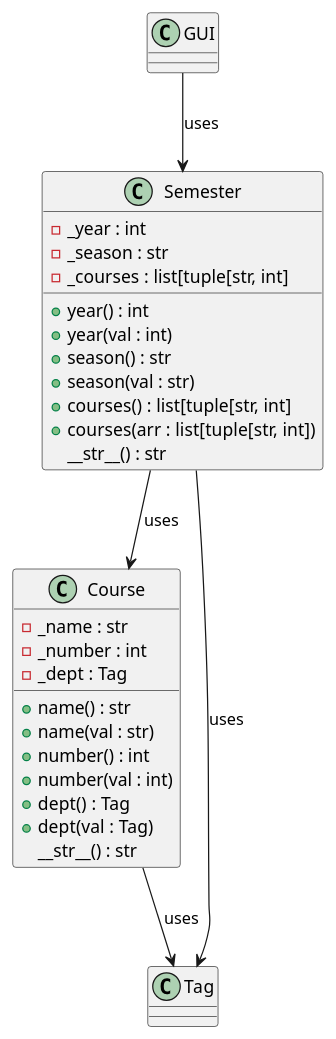
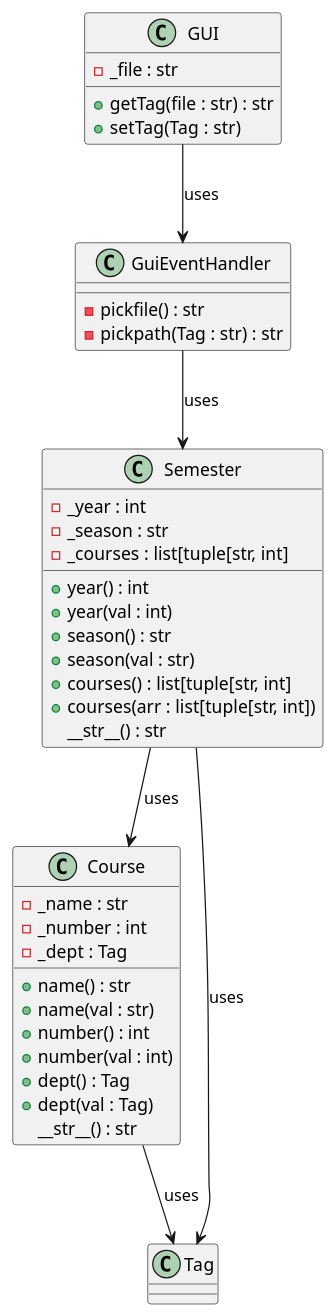
One commit to BandFrLife/fileSorter2026 changed the diagram in uml/classes.plantuml. Above: the diagram before and after it, drawn with PlantUML.

Commit message:
Update classes.plantuml
add GUI functions and GuiEventHandler functions

```diff
--- a/uml/classes.plantuml
+++ b/uml/classes.plantuml
@@ -3,39 +3,48 @@
 @startuml
 class Semester {
     - _year : int
     - _season : str
     - _courses : list[tuple[str, int]
     + year() : int
     + year(val : int)
     + season() : str
     + season(val : str)
     + courses() : list[tuple[str, int]
     + courses(arr : list[tuple[str, int])
     __str__() : str
 }
 
 class Course {
     - _name : str
     - _number : int
     - _dept : Tag
     + name() : str
     + name(val : str)
     + number() : int
     + number(val : int)
     + dept() : Tag
     + dept(val : Tag)
     __str__() : str
 }
 
 class Tag {
 }
 
 class GUI {
+    - _file : str
+    + getTag(file : str) : str
+    + setTag(Tag : str)
 }
 
-GUI --> Semester : uses
+class GuiEventHandler {
+    - pickfile() : str
+    - pickpath(Tag : str) : str
+}
+
+GUI --> GuiEventHandler : uses
+GuiEventHandler --> Semester : uses
 Semester --> Course : uses
 Semester --> Tag : uses
 Course --> Tag : uses
 
 @enduml
```
